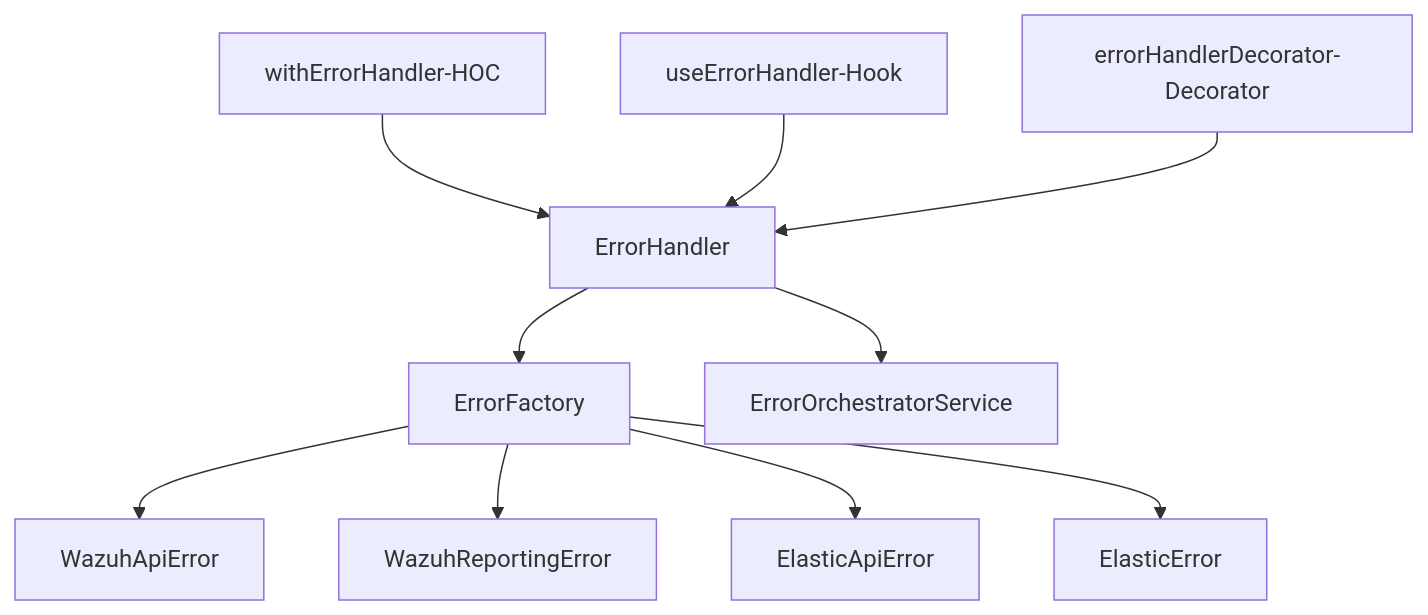
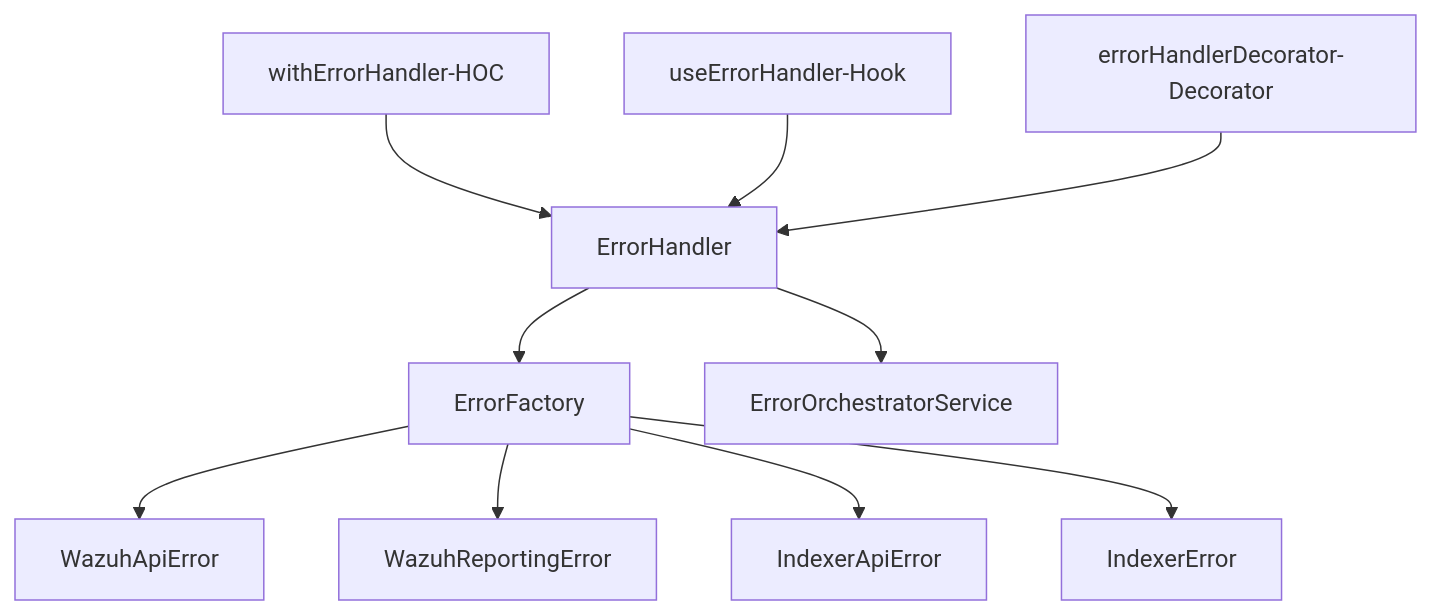
Before and after one commit to wazuh/wazuh-dashboard-plugins: the first of 2 diagrams in public/react-services/error-management/README.md, drawn with Mermaid. The commit also changed other lines of this file and 6 other files, not shown here.

Commit message:
Renamed elastic to indexer

````diff
--- a/public/react-services/error-management/README.md
+++ b/public/react-services/error-management/README.md
@@ -66,12 +66,12 @@
 ```mermaid
 graph TD;
  withErrorHandler-HOC-->ErrorHandler
  useErrorHandler-Hook-->ErrorHandler
  errorHandlerDecorator-Decorator-->ErrorHandler
  ErrorHandler-->ErrorFactory
  ErrorHandler-->ErrorOrchestratorService
  ErrorFactory-->WazuhApiError
  ErrorFactory-->WazuhReportingError
- ErrorFactory-->ElasticApiError
- ErrorFactory-->ElasticError
+ ErrorFactory-->IndexerApiError
+ ErrorFactory-->IndexerError
 ```
````
